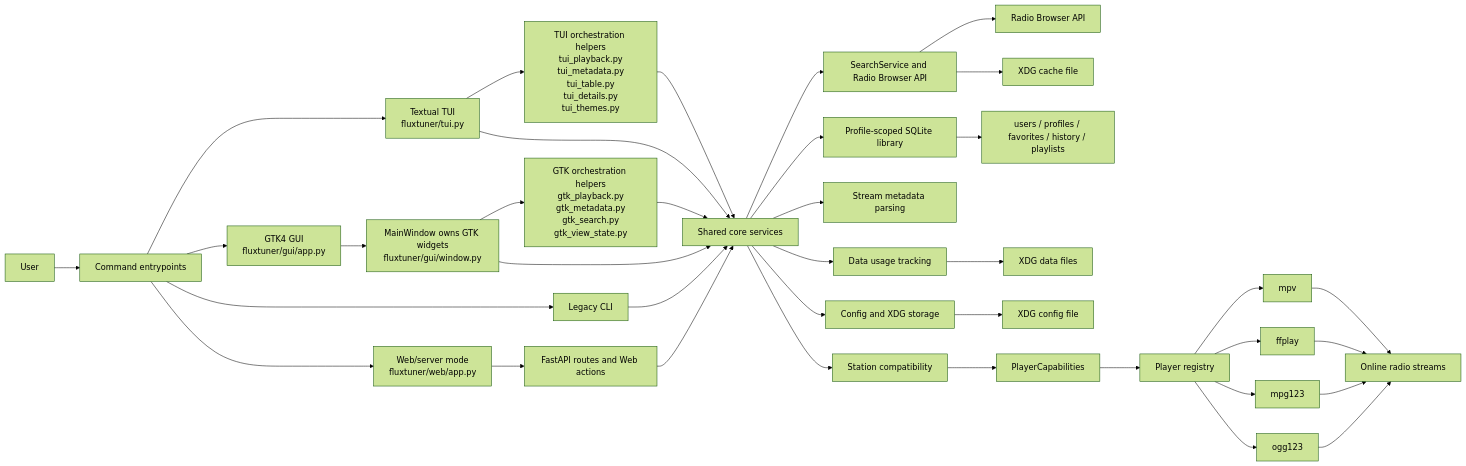
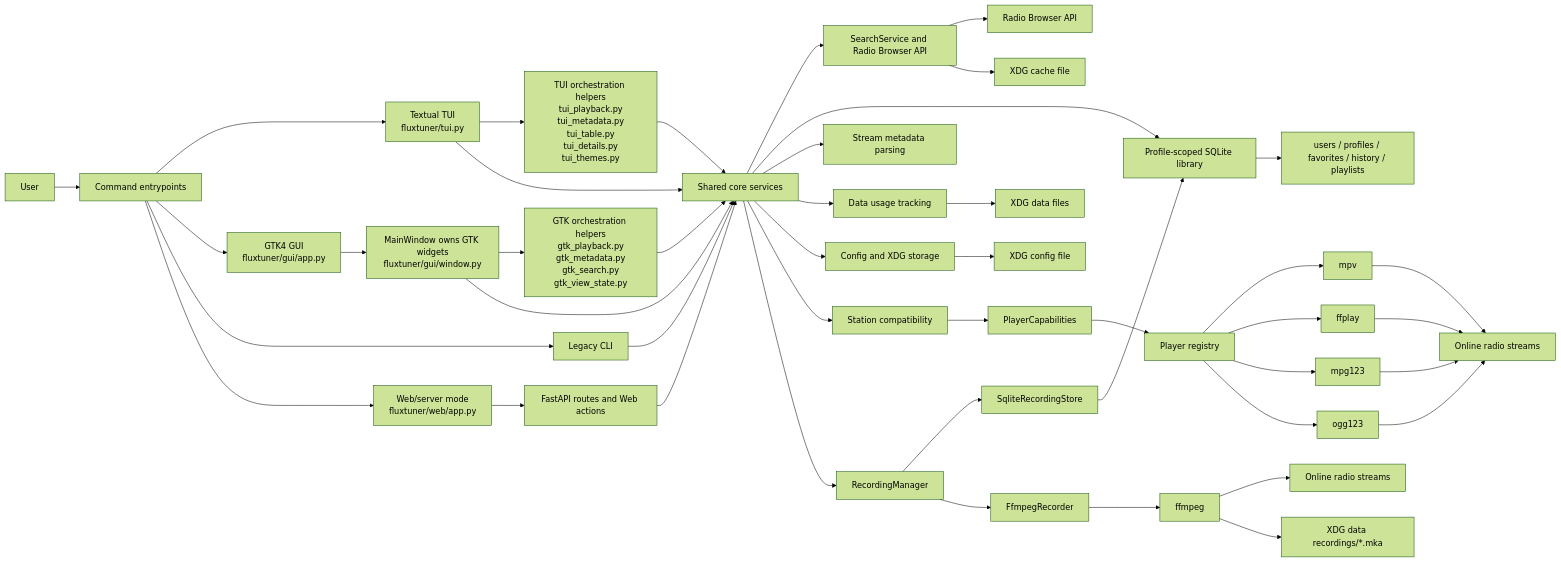
One commit to pitill0/fluxtuner changed the first of 4 diagrams in docs/architecture.md. Above: the diagram before and after it, drawn with Mermaid (forest theme). The commit also changed other lines of this file and 9 other files, not shown here.

````diff
--- a/docs/architecture.md
+++ b/docs/architecture.md
@@ -59,46 +66,53 @@
 ```mermaid
 flowchart LR
     User["User"] --> Entry["Command entrypoints"]
 
     Entry --> TUI["Textual TUI<br/>fluxtuner/tui.py"]
     Entry --> GTK["GTK4 GUI<br/>fluxtuner/gui/app.py"]
     Entry --> CLI["Legacy CLI"]
     Entry --> Web["Web/server mode<br/>fluxtuner/web/app.py"]
 
     TUI --> TUIOrchestration["TUI orchestration helpers<br/>tui_playback.py<br/>tui_metadata.py<br/>tui_table.py<br/>tui_details.py<br/>tui_themes.py"]
     GTK --> GTKWindow["MainWindow owns GTK widgets<br/>fluxtuner/gui/window.py"]
     GTKWindow --> GTKOrchestration["GTK orchestration helpers<br/>gtk_playback.py<br/>gtk_metadata.py<br/>gtk_search.py<br/>gtk_view_state.py"]
     Web --> WebRoutes["FastAPI routes and Web actions"]
 
     TUI --> Core["Shared core services"]
     TUIOrchestration --> Core
     GTKWindow --> Core
     GTKOrchestration --> Core
     CLI --> Core
     WebRoutes --> Core
 
     Core --> Search["SearchService and Radio Browser API"]
     Core --> Library["Profile-scoped SQLite library"]
     Core --> Metadata["Stream metadata parsing"]
     Core --> Usage["Data usage tracking"]
     Core --> Config["Config and XDG storage"]
     Core --> Compatibility["Station compatibility"]
+    Core --> Recording["RecordingManager"]
+    Recording --> RecorderStore["SqliteRecordingStore"]
+    Recording --> FfmpegRecorder["FfmpegRecorder"]
+    FfmpegRecorder --> FFMPEG["ffmpeg"]
+    FFMPEG --> RecordingStreams["Online radio streams"]
+    FFMPEG --> RecordingFiles["XDG data recordings/*.mka"]
+    RecorderStore --> Library
 
     Compatibility --> Capabilities["PlayerCapabilities"]
     Capabilities --> Registry["Player registry"]
     Registry --> MPV["mpv"]
     Registry --> FFPLAY["ffplay"]
     Registry --> MPG123["mpg123"]
     Registry --> OGG123["ogg123"]
 
     Search --> RadioBrowser["Radio Browser API"]
     MPV --> Streams["Online radio streams"]
     FFPLAY --> Streams
     MPG123 --> Streams
     OGG123 --> Streams
 
     Library --> Profiles["users / profiles / favorites / history / playlists"]
     Usage --> DataStorage["XDG data files"]
     Config --> ConfigStorage["XDG config file"]
     Search --> CacheStorage["XDG cache file"]
 ```
````
